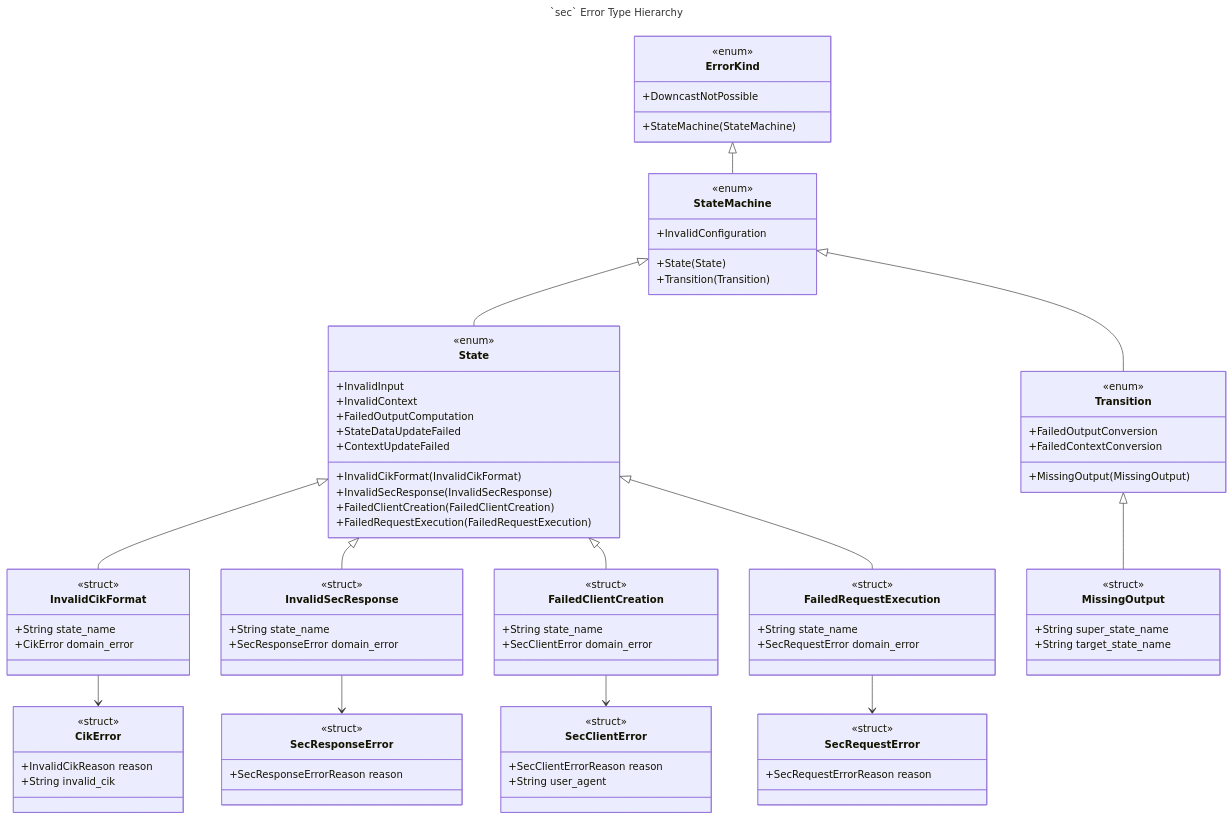
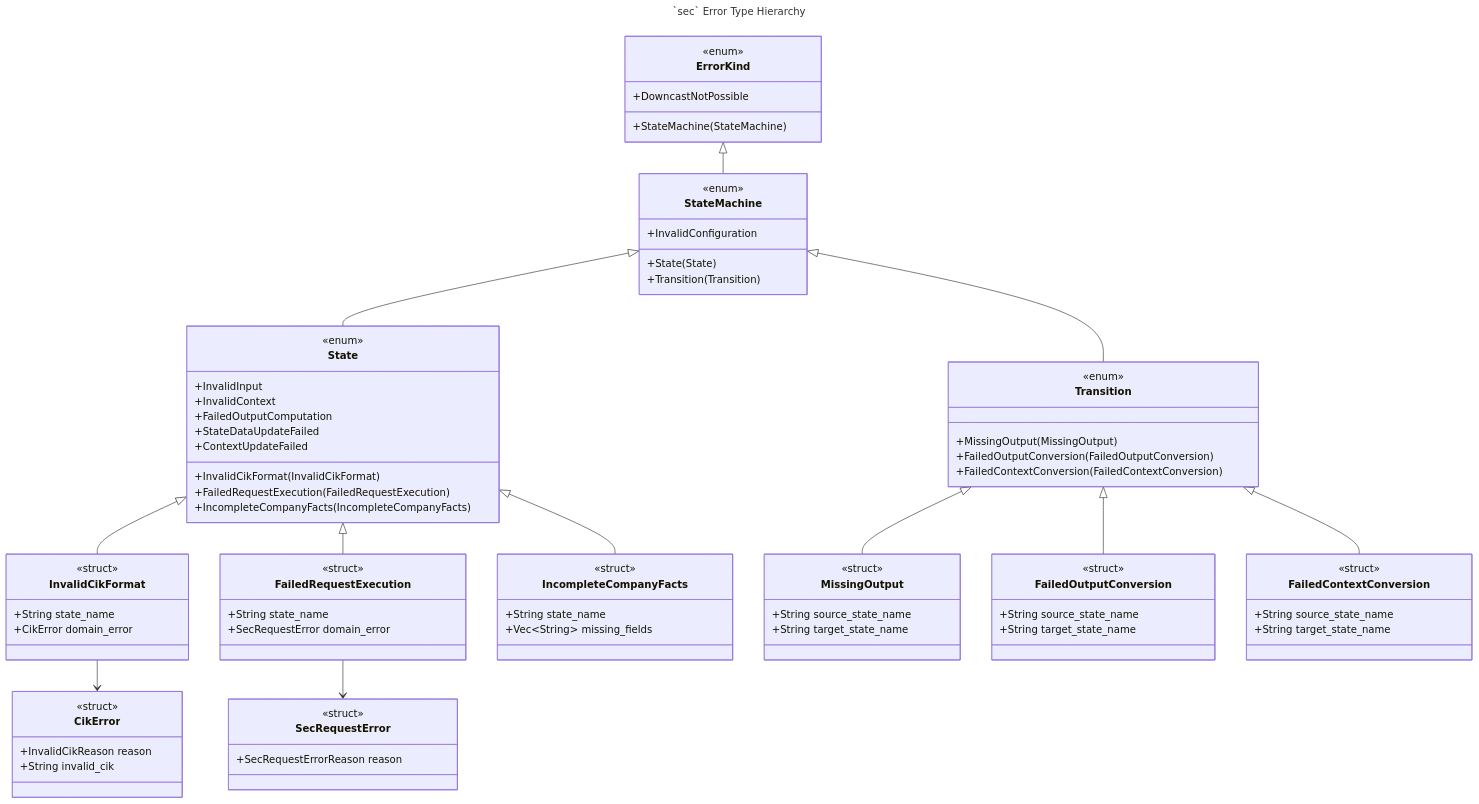
The diagram in sec/design/uml_class_diagram/sec_error_handling.md (ironcapitaleu/arkad), drawn with Mermaid before and after one commit. The commit also changed 109 other files, not shown here.

````diff
--- a/sec/design/uml_class_diagram/sec_error_handling.md
+++ b/sec/design/uml_class_diagram/sec_error_handling.md
@@ -22,9 +22,8 @@
         <<enum>>
         %% Errors from internal state operations
         +InvalidCikFormat(InvalidCikFormat)
-        +InvalidSecResponse(InvalidSecResponse)
-        +FailedClientCreation(FailedClientCreation)
         +FailedRequestExecution(FailedRequestExecution)
+        +IncompleteCompanyFacts(IncompleteCompanyFacts)
         +InvalidInput
         +InvalidContext
         +FailedOutputComputation
@@ -36,8 +35,8 @@
         <<enum>>
         %% Errors during state transitions
         +MissingOutput(MissingOutput)
-        +FailedOutputConversion
-        +FailedContextConversion
+        +FailedOutputConversion(FailedOutputConversion)
+        +FailedContextConversion(FailedContextConversion)
     }
 
     class InvalidCikFormat{
@@ -47,20 +46,6 @@
         +CikError domain_error
     }
 
-    class InvalidSecResponse{
-        <<struct>>
-        %% State-level wrapper for SEC response errors
-        +String state_name
-        +SecResponseError domain_error
-    }
-
-    class FailedClientCreation{
-        <<struct>>
-        %% State-level wrapper for client creation errors
-        +String state_name
-        +SecClientError domain_error
-    }
-
     class FailedRequestExecution{
         <<struct>>
         %% State-level wrapper for request execution errors
@@ -68,10 +53,31 @@
         +SecRequestError domain_error
     }
 
+    class IncompleteCompanyFacts{
+        <<struct>>
+        %% State-level error for missing XBRL concepts
+        +String state_name
+        +Vec~String~ missing_fields
+    }
+
     class MissingOutput{
         <<struct>>
         %% Transition-level error for missing output data
-        +String super_state_name
+        +String source_state_name
+        +String target_state_name
+    }
+
+    class FailedOutputConversion{
+        <<struct>>
+        %% Transition-level error for output-to-input conversion failure
+        +String source_state_name
+        +String target_state_name
+    }
+
+    class FailedContextConversion{
+        <<struct>>
+        %% Transition-level error for context conversion failure
+        +String source_state_name
         +String target_state_name
     }
 
@@ -80,19 +86,6 @@
         %% Domain error for invalid CIK format
         +InvalidCikReason reason
         +String invalid_cik
-    }
-
-    class SecResponseError{
-        <<struct>>
-        %% Domain error for SEC response processing
-        +SecResponseErrorReason reason
-    }
-
-    class SecClientError{
-        <<struct>>
-        %% Domain error for SEC client creation
-        +SecClientErrorReason reason
-        +String user_agent
     }
 
     class SecRequestError{
@@ -105,19 +98,18 @@
     ErrorKind <|-- StateMachine
     StateMachine <|-- State
     StateMachine <|-- Transition
-    
+
     %% State error wraps domain errors
     State <|-- InvalidCikFormat
-    State <|-- InvalidSecResponse
-    State <|-- FailedClientCreation
     State <|-- FailedRequestExecution
-    
+    State <|-- IncompleteCompanyFacts
+
     %% Transition error wraps specific errors
     Transition <|-- MissingOutput
-    
+    Transition <|-- FailedOutputConversion
+    Transition <|-- FailedContextConversion
+
     %% State wrappers contain domain errors
     InvalidCikFormat --> CikError
-    InvalidSecResponse --> SecResponseError
-    FailedClientCreation --> SecClientError
     FailedRequestExecution --> SecRequestError
 ```
````
